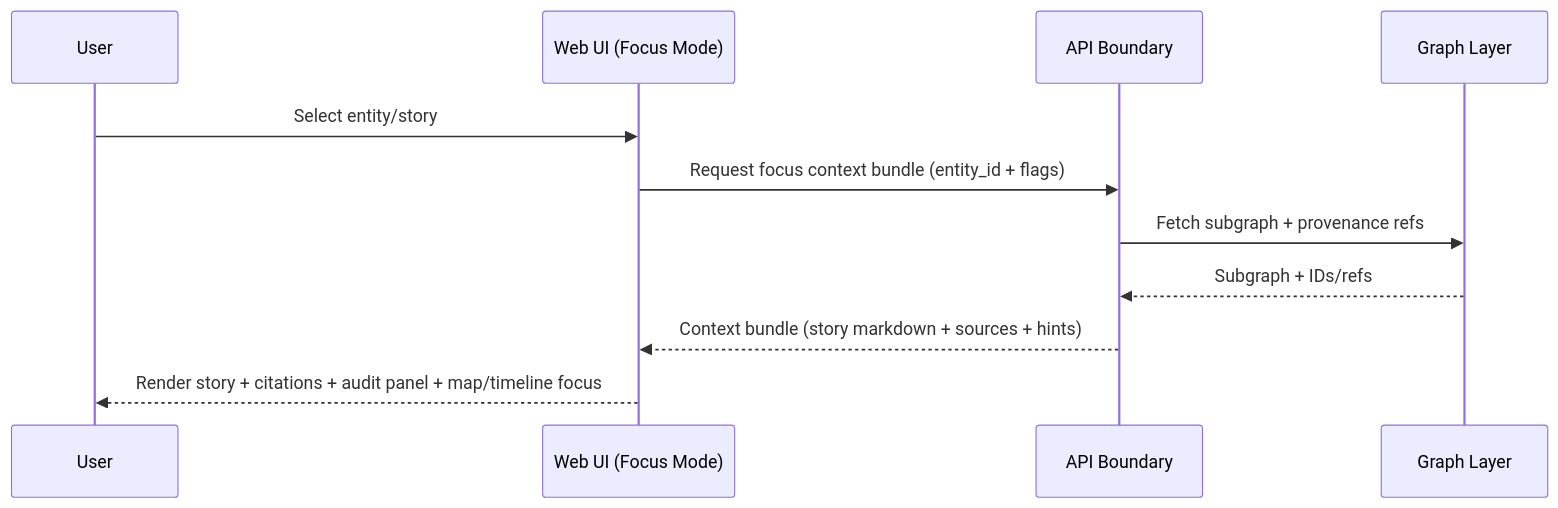
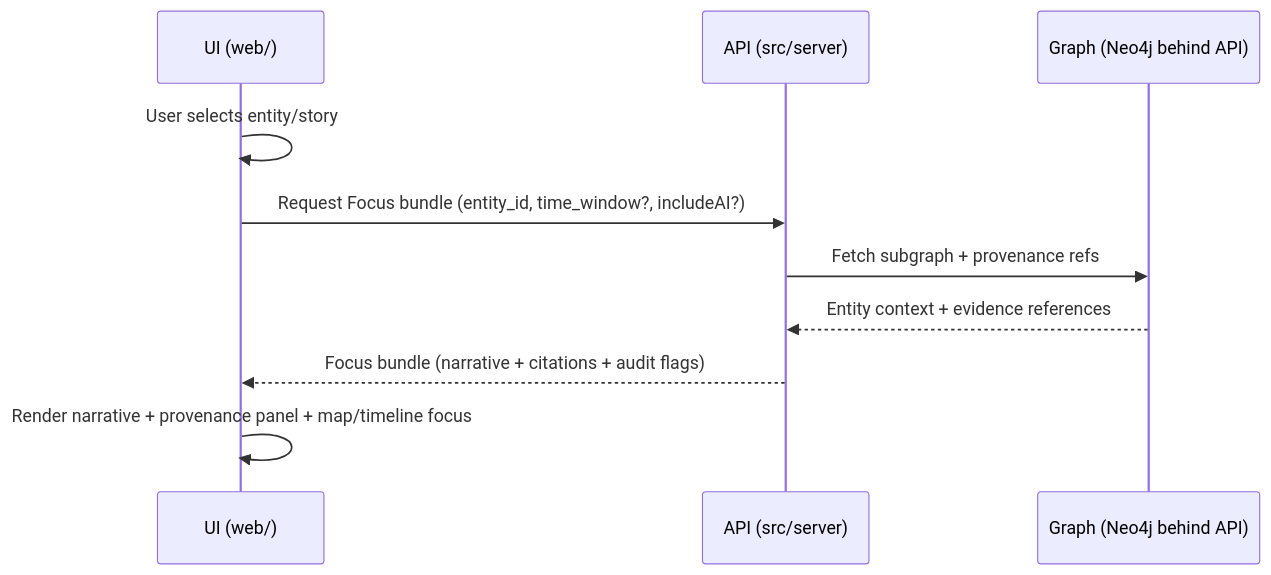
The second of 2 diagrams in web/src/story/README.md (bartytime4life/Kansas-Frontier-Matrix), drawn with Mermaid before and after one commit. The commit also changed other lines of this file, not shown here.

First line of the commit message:
Revise README for KFM Web Story Module

```diff
--- a/web/src/story/README.md
+++ b/web/src/story/README.md
@@ -184,14 +213,13 @@
 ~~~mermaid
 sequenceDiagram
-  participant User
-  participant UI as Web UI (Focus Mode)
-  participant API as API Boundary
-  participant Graph as Graph Layer
+  participant UI as UI (web/)
+  participant API as API (src/server)
+  participant Graph as Graph (Neo4j behind API)
 
-  User->>UI: Select entity/story
-  UI->>API: Request focus context bundle (entity_id + flags)
+  UI->>UI: User selects entity/story
+  UI->>API: Request Focus bundle (entity_id, time_window?, includeAI?)
   API->>Graph: Fetch subgraph + provenance refs
-  Graph-->>API: Subgraph + IDs/refs
-  API-->>UI: Context bundle (story markdown + sources + hints)
-  UI-->>User: Render story + citations + audit panel + map/timeline focus
+  Graph-->>API: Entity context + evidence references
+  API-->>UI: Focus bundle (narrative + citations + audit flags)
+  UI->>UI: Render narrative + provenance panel + map/timeline focus
 ~~~
```
